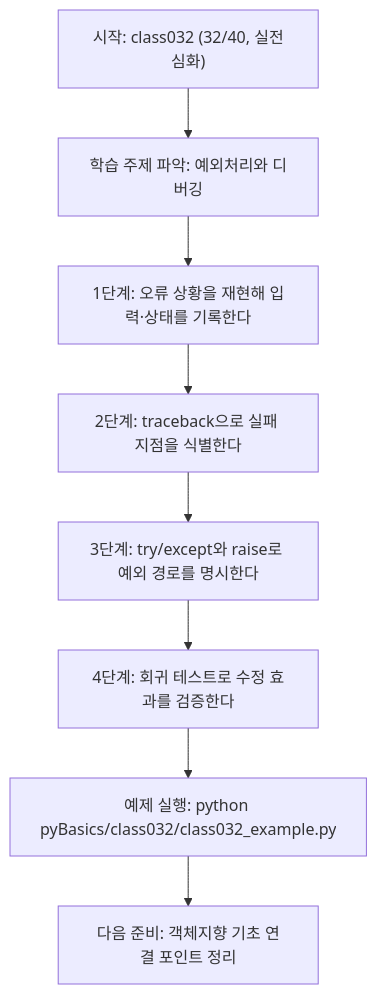
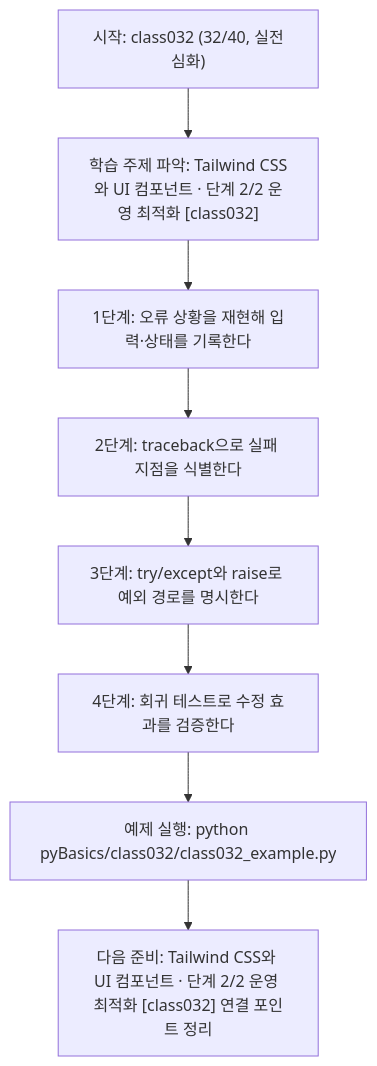
One commit to edumgt/Python-AI_Agent-Class changed the diagram in pyBasics/class032/class032.md. Above: the diagram before and after it, drawn with Mermaid. The commit also changed other lines of this file and 522 other files, not shown here.

````diff
--- a/pyBasics/class032/class032.md
+++ b/pyBasics/class032/class032.md
@@ -108,18 +108,18 @@
 ```mermaid
 flowchart TD
 N1["시작: class032 (32/40, 실전심화)"]
-N2["학습 주제 파악: 예외처리와 디버깅"]
+N2["학습 주제 파악: Tailwind CSS와 UI 컴포넌트 · 단계 2/2 운영 최적화 [class032]"]
 N3["1단계: 오류 상황을 재현해 입력·상태를 기록한다"]
 N4["2단계: traceback으로 실패 지점을 식별한다"]
 N5["3단계: try/except와 raise로 예외 경로를 명시한다"]
 N6["4단계: 회귀 테스트로 수정 효과를 검증한다"]
 N7["예제 실행: python pyBasics/class032/class032_example.py"]
-N8["다음 준비: 객체지향 기초 연결 포인트 정리"]
+N8["다음 준비: Tailwind CSS와 UI 컴포넌트 · 단계 2/2 운영 최적화 [class032] 연결 포인트 정리"]
 N1 --> N2
 N2 --> N3
 N3 --> N4
 N4 --> N5
 N5 --> N6
 N6 --> N7
 N7 --> N8
 ```
````
